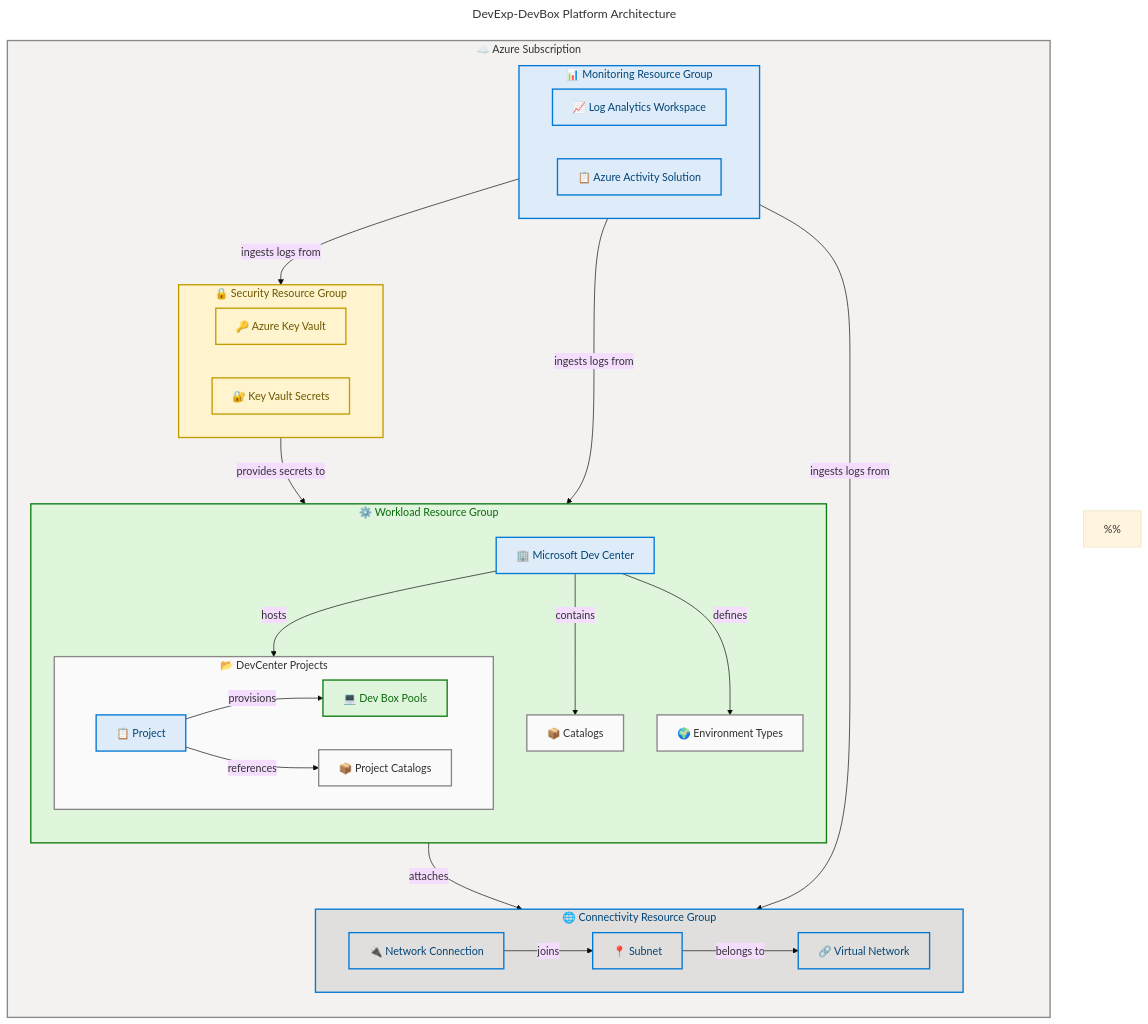
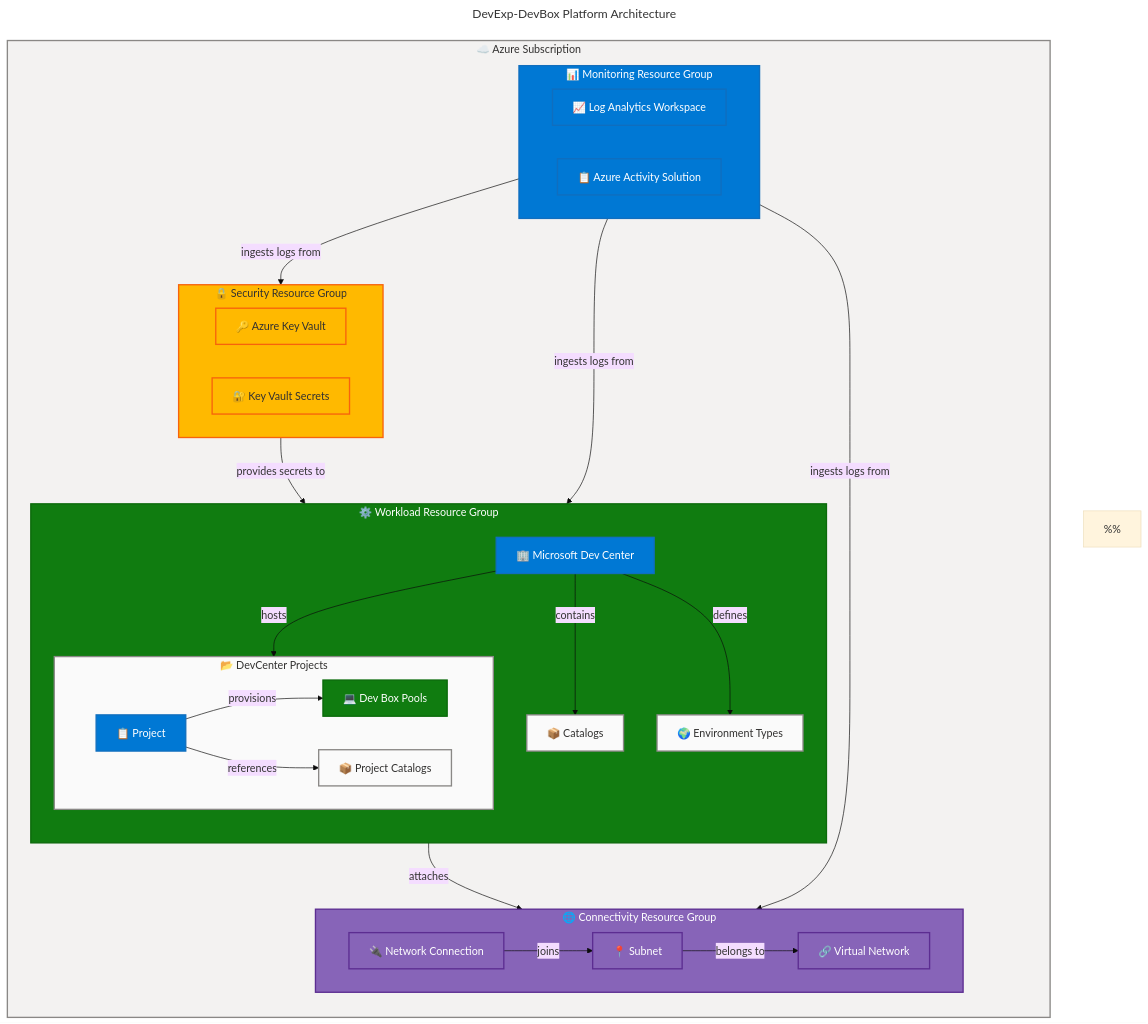
The first of 2 diagrams in README.md (Evilazaro/DevExp-DevBox), drawn with Mermaid before and after one commit. The commit also changed other lines of this file, not shown here.

Commit message:
docs: update flowchart color documentation for improved semantic clarity and consistency

````diff
--- a/README.md
+++ b/README.md
@@ -98,20 +98,18 @@
 
     %% COLOR DOCUMENTATION
     %% neutral (#FAFAFA) — Non-semantic supporting elements (catalogs, env types)
-    %% core (#DEECF9) — Process/API layers (DevCenter, projects, monitoring)
-    %% success (#DFF6DD) — Deployment pools, provisioned resources
-    %% warning (#FFF4CE) — Security-sensitive resources (Key Vault, secrets)
-    %% danger (#FDE7E9) — Error states, alerts, destructive actions
-    %% data (#E1DFDD) — Network/external infrastructure (VNet, subnet)
-    %% external (#F3F2F1) — External systems, boundaries, outer containers
+    %% core (#0078D4) — Process/API layers (DevCenter, projects, monitoring)
+    %% success (#107C10) — Deployment pools, provisioned resources
+    %% warning (#FFB900) — Security-sensitive resources (Key Vault, secrets)
+    %% data (#8764B8) — Network/external infrastructure (VNet, subnet)
     %%
     %% SUBGRAPH SEMANTIC COLORS (Step 3a — functional siblings)
     %% subscription (#F3F2F1) — Outer boundary / main group
-    %% monitoring (#DEECF9) — Matches core content (telemetry/logging)
-    %% security (#FFF4CE) — Matches warning content (Key Vault/secrets)
-    %% workload (#DFF6DD) — Matches success content (deployment workload)
+    %% monitoring (#0078D4) — Matches core content (telemetry/logging)
+    %% security (#FFB900) — Matches warning content (Key Vault/secrets)
+    %% workload (#107C10) — Matches success content (deployment workload)
     %% projects (#FAFAFA) — Neutral nested container
-    %% connectivity (#E1DFDD) — Matches data content (VNet/network)
+    %% connectivity (#8764B8) — Matches data content (VNet/network)
 
     subgraph subscription["☁️ Azure Subscription"]
         direction TB
@@ -165,18 +163,16 @@
 
     %% SUBGRAPH STYLING — semantic fills for functional siblings (6 subgraphs = 6 style directives)
     style subscription fill:#F3F2F1,stroke:#8A8886,stroke-width:2px,color:#323130
-    style monitoring fill:#DEECF9,stroke:#0078D4,stroke-width:2px,color:#004578
-    style security fill:#FFF4CE,stroke:#C19C00,stroke-width:2px,color:#6D5700
-    style workload fill:#DFF6DD,stroke:#107C10,stroke-width:2px,color:#0B6A0B
+    style monitoring fill:#0078D4,stroke:#106EBE,stroke-width:2px,color:#FFFFFF
+    style security fill:#FFB900,stroke:#F7630C,stroke-width:2px,color:#323130
+    style workload fill:#107C10,stroke:#0B6A0B,stroke-width:2px,color:#FFFFFF
     style projects fill:#FAFAFA,stroke:#8A8886,stroke-width:2px,color:#323130
-    style connectivity fill:#E1DFDD,stroke:#0078D4,stroke-width:2px,color:#004578
+    style connectivity fill:#8764B8,stroke:#5C2D91,stroke-width:2px,color:#FFFFFF
 
-    %% Centralized classDef palette (canonical — neutral-first, 7 semantic classes)
+    %% Centralized classDef palette (canonical — neutral-first, 4 semantic + neutral)
     classDef neutral fill:#FAFAFA,stroke:#8A8886,stroke-width:2px,color:#323130
-    classDef core fill:#DEECF9,stroke:#0078D4,stroke-width:2px,color:#004578
-    classDef success fill:#DFF6DD,stroke:#107C10,stroke-width:2px,color:#0B6A0B
-    classDef warning fill:#FFF4CE,stroke:#C19C00,stroke-width:2px,color:#6D5700
-    classDef danger fill:#FDE7E9,stroke:#D13438,stroke-width:2px,color:#A4262C
-    classDef data fill:#E1DFDD,stroke:#0078D4,stroke-width:2px,color:#004578
-    classDef external fill:#F3F2F1,stroke:#605E5C,stroke-width:2px,color:#323130
+    classDef core fill:#0078D4,stroke:#106EBE,stroke-width:2px,color:#FFFFFF
+    classDef success fill:#107C10,stroke:#0B6A0B,stroke-width:2px,color:#FFFFFF
+    classDef warning fill:#FFB900,stroke:#F7630C,stroke-width:2px,color:#323130
+    classDef data fill:#8764B8,stroke:#5C2D91,stroke-width:2px,color:#FFFFFF
 ```
````
